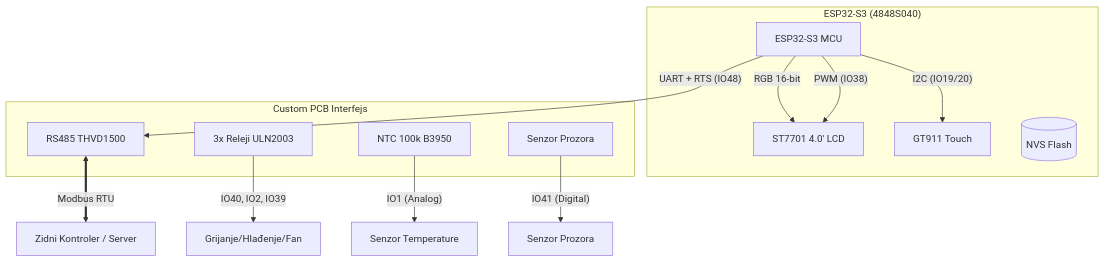
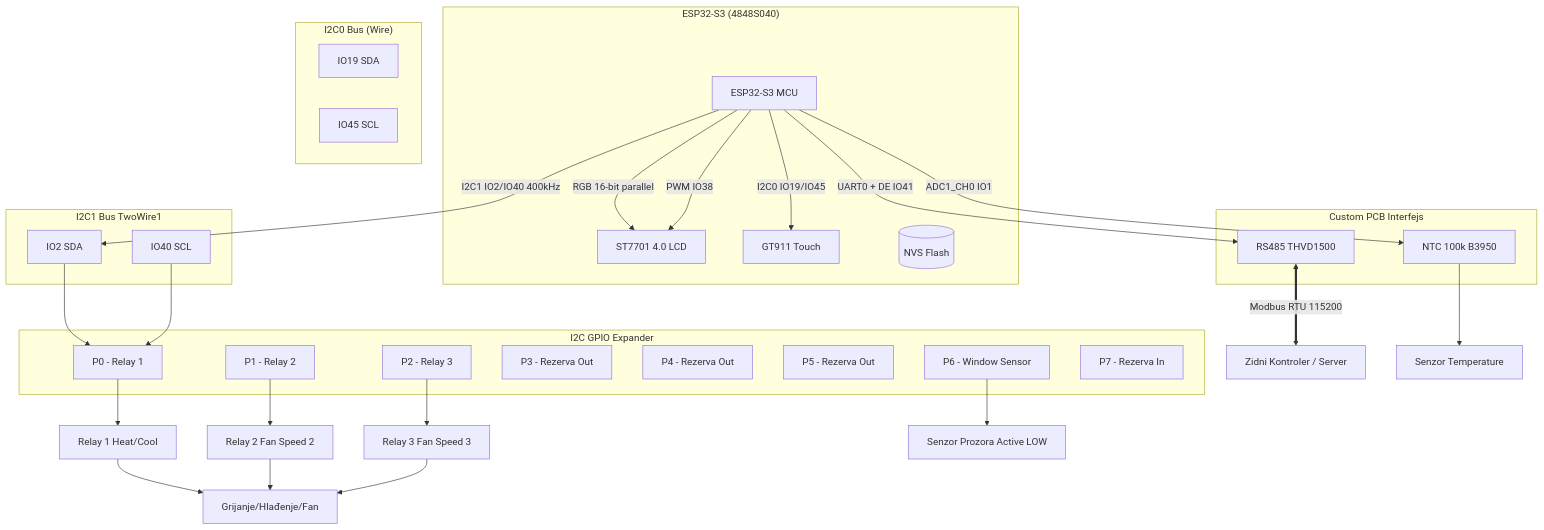
Before and after one commit to eldar6776/HotelRoomThermostat: the first of 8 diagrams in docs/DIAGRAMS.md, drawn with Mermaid. The commit also changed other lines of this file and 27 other files, not shown here.

First line of the commit message:
feat(hardware): migrate to dual I2C bus with GPIO expander

````diff
--- a/docs/DIAGRAMS.md
+++ b/docs/DIAGRAMS.md
@@ -9,26 +9,54 @@
 ```mermaid
 graph TD
     subgraph "ESP32-S3 (4848S040)"
         MCU[ESP32-S3 MCU]
-        LCD[ST7701 4.0' LCD]
+        LCD[ST7701 4.0 LCD]
         Touch[GT911 Touch]
         NVS[(NVS Flash)]
     end
 
+    subgraph "I2C0 Bus (Wire)"
+        I2C0_SDA[IO19 SDA]
+        I2C0_SCL[IO45 SCL]
+    end
+
+    subgraph "I2C1 Bus TwoWire1"
+        I2C1_SDA[IO2 SDA]
+        I2C1_SCL[IO40 SCL]
+    end
+
+    subgraph "I2C GPIO Expander"
+        EXP_P0[P0 - Relay 1]
+        EXP_P1[P1 - Relay 2]
+        EXP_P2[P2 - Relay 3]
+        EXP_P3[P3 - Rezerva Out]
+        EXP_P4[P4 - Rezerva Out]
+        EXP_P5[P5 - Rezerva Out]
+        EXP_P6[P6 - Window Sensor]
+        EXP_P7[P7 - Rezerva In]
+    end
+
     subgraph "Custom PCB Interfejs"
         RS485[RS485 THVD1500]
-        Relays[3x Releji ULN2003]
         ADC[NTC 100k B3950]
-        DIN[Senzor Prozora]
     end
 
-    MCU -- "RGB 16-bit" --> LCD
-    MCU -- "I2C (IO19/20)" --> Touch
-    MCU -- "UART + RTS (IO48)" --> RS485
-    MCU -- "PWM (IO38)" --> LCD
-    
-    RS485 <== "Modbus RTU" ==> Master[Zidni Kontroler / Server]
-    Relays -- "IO40, IO2, IO39" --> HVAC[Grijanje/Hlađenje/Fan]
-    ADC -- "IO1 (Analog)" --> Temp[Senzor Temperature]
-    DIN -- "IO41 (Digital)" --> Window[Senzor Prozora]
+    MCU -- "RGB 16-bit parallel" --> LCD
+    MCU -- "I2C0 IO19/IO45" --> Touch
+    MCU -- "I2C1 IO2/IO40 400kHz" --> I2C1_SDA
+    I2C1_SDA --> EXP_P0
+    I2C1_SCL --> EXP_P0
+    MCU -- "UART0 + DE IO41" --> RS485
+    MCU -- "PWM IO38" --> LCD
+    MCU -- "ADC1_CH0 IO1" --> ADC
+
+    RS485 <== "Modbus RTU 115200" ==> Master[Zidni Kontroler / Server]
+    EXP_P0 --> RELAY1[Relay 1 Heat/Cool]
+    EXP_P1 --> RELAY2[Relay 2 Fan Speed 2]
+    EXP_P2 --> RELAY3[Relay 3 Fan Speed 3]
+    RELAY1 --> HVAC[Grijanje/Hlađenje/Fan]
+    RELAY2 --> HVAC
+    RELAY3 --> HVAC
+    EXP_P6 --> Window[Senzor Prozora Active LOW]
+    ADC --> Temp[Senzor Temperature]
 ```
````
